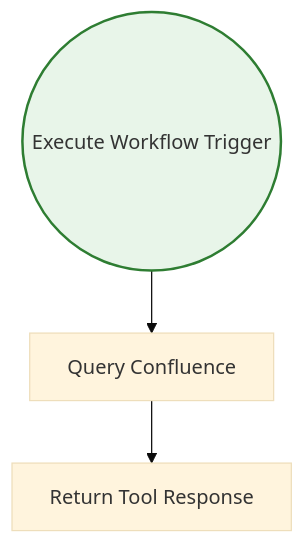
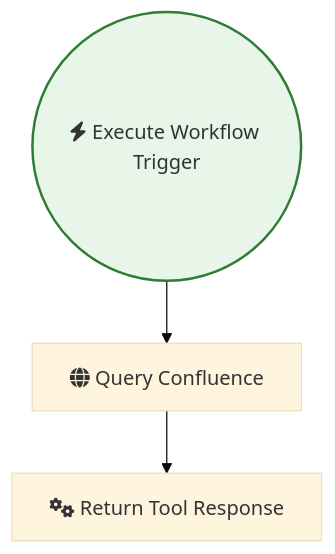
One commit to sreyash3105/N8N-DEMO-AUTOMATIONS changed the diagram in Other_Integrations_and_Use_Cases/KB Tool - Confluence Knowledge Base.md. Above: the diagram before and after it, drawn with Mermaid (base theme). The commit also changed 291 other files, not shown here.

````diff
--- a/Other_Integrations_and_Use_Cases/KB Tool - Confluence Knowledge Base.md
+++ b/Other_Integrations_and_Use_Cases/KB Tool - Confluence Knowledge Base.md
@@ -1,13 +1,13 @@
 ```mermaid
 graph TD
     classDef trigger fill:#e8f5e9,stroke:#2e7d32,stroke-width:2px;
     classDef ai fill:#e3f2fd,stroke:#1565c0,stroke-width:2px;
     classDef logic fill:#fff3e0,stroke:#ef6c00,stroke-width:2px;
 
-    Execute_Workflow_Trigger(("Execute Workflow Trigger")):::trigger
-    Query_Confluence["Query Confluence"]
-    Return_Tool_Response["Return Tool Response"]
+    Execute_Workflow_Trigger(("fas:fa-bolt Execute Workflow Trigger")):::trigger
+    Query_Confluence["fas:fa-globe Query Confluence"]
+    Return_Tool_Response["fas:fa-cogs Return Tool Response"]
 
     Query_Confluence --> Return_Tool_Response
     Execute_Workflow_Trigger --> Query_Confluence
 ```
````
